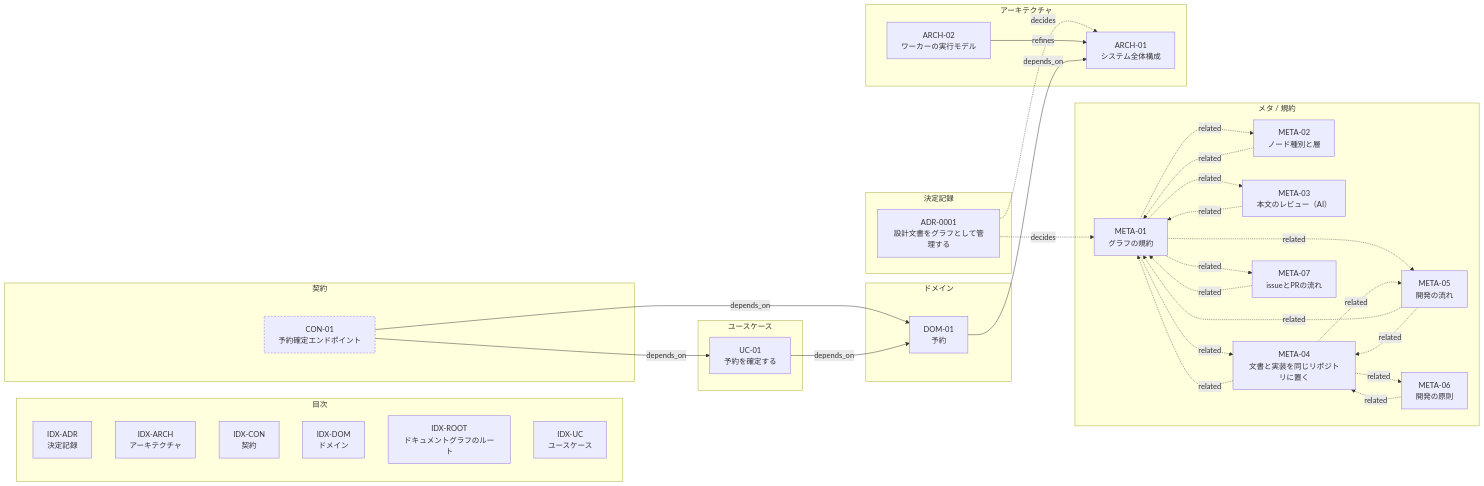
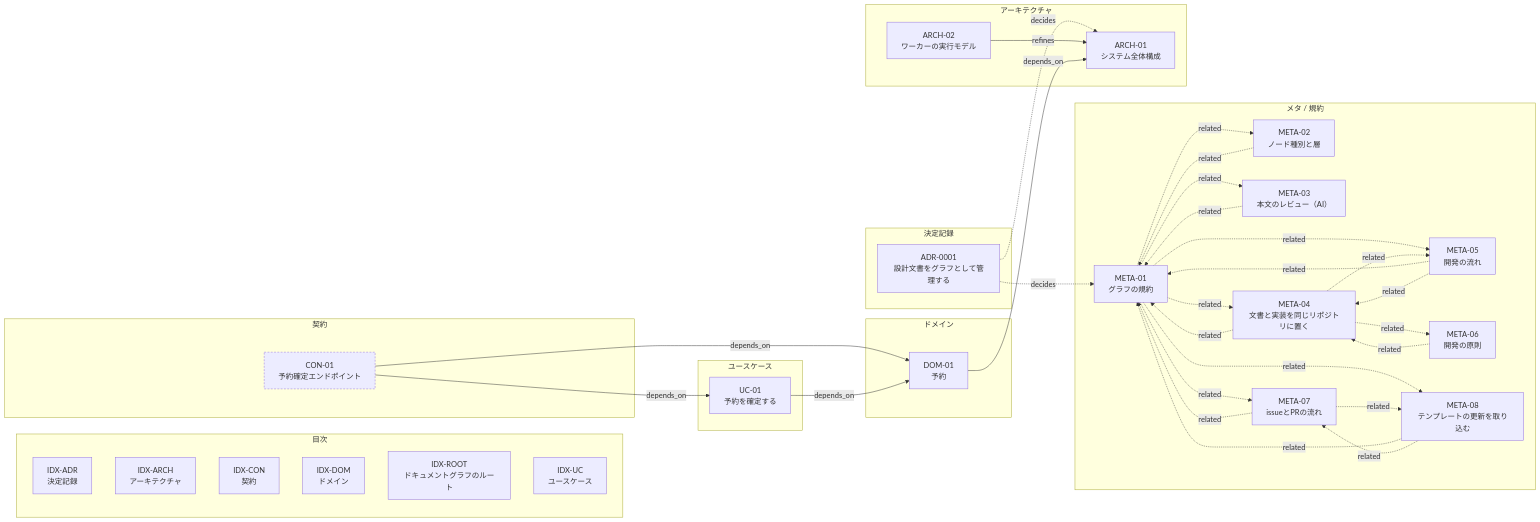
Before and after one commit to setopic/gacha-monitor: the diagram in README.md, drawn with Mermaid.

Commit message:
chore: READMEの図をMETA-08の追加に合わせて更新する

````diff
--- a/README.md
+++ b/README.md
@@ -102,60 +102,65 @@
 ```mermaid
 graph LR
   subgraph index["目次"]
     IDX-ADR["IDX-ADR<br/>決定記録"]
     IDX-ARCH["IDX-ARCH<br/>アーキテクチャ"]
     IDX-CON["IDX-CON<br/>契約"]
     IDX-DOM["IDX-DOM<br/>ドメイン"]
     IDX-ROOT["IDX-ROOT<br/>ドキュメントグラフのルート"]
     IDX-UC["IDX-UC<br/>ユースケース"]
   end
   subgraph meta["メタ / 規約"]
     META-01["META-01<br/>グラフの規約"]
     META-02["META-02<br/>ノード種別と層"]
     META-03["META-03<br/>本文のレビュー（AI）"]
     META-04["META-04<br/>文書と実装を同じリポジトリに置く"]
     META-05["META-05<br/>開発の流れ"]
     META-06["META-06<br/>開発の原則"]
     META-07["META-07<br/>issueとPRの流れ"]
+    META-08["META-08<br/>テンプレートの更新を取り込む"]
   end
   subgraph architecture["アーキテクチャ"]
     ARCH-01["ARCH-01<br/>システム全体構成"]
     ARCH-02["ARCH-02<br/>ワーカーの実行モデル"]
   end
   subgraph domain["ドメイン"]
     DOM-01["DOM-01<br/>予約"]
   end
   subgraph usecase["ユースケース"]
     UC-01["UC-01<br/>予約を確定する"]
   end
   subgraph contract["契約"]
     CON-01["CON-01<br/>予約確定エンドポイント"]
   end
   subgraph adr["決定記録"]
     ADR-0001["ADR-0001<br/>設計文書をグラフとして管理する"]
   end
   ADR-0001 -.->|decides| META-01
   ADR-0001 -.->|decides| ARCH-01
   ARCH-02 -->|refines| ARCH-01
   CON-01 -->|depends_on| UC-01
   CON-01 -->|depends_on| DOM-01
   DOM-01 -->|depends_on| ARCH-01
   META-01 -.->|related| META-02
   META-01 -.->|related| META-03
   META-01 -.->|related| META-04
   META-01 -.->|related| META-05
   META-01 -.->|related| META-07
+  META-01 -.->|related| META-08
   META-02 -.->|related| META-01
   META-03 -.->|related| META-01
   META-04 -.->|related| META-01
   META-04 -.->|related| META-05
   META-04 -.->|related| META-06
   META-05 -.->|related| META-01
   META-05 -.->|related| META-04
   META-06 -.->|related| META-04
   META-07 -.->|related| META-01
+  META-07 -.->|related| META-08
+  META-08 -.->|related| META-01
+  META-08 -.->|related| META-07
   UC-01 -->|depends_on| DOM-01
   classDef draft stroke-dasharray: 4\,3;
   classDef deprecated opacity:0.5;
   class CON-01 draft;
 ```
````
